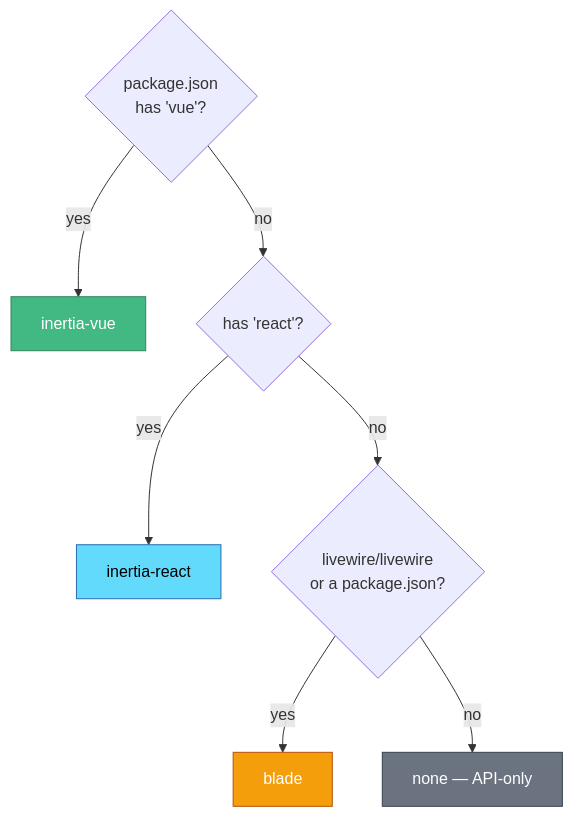
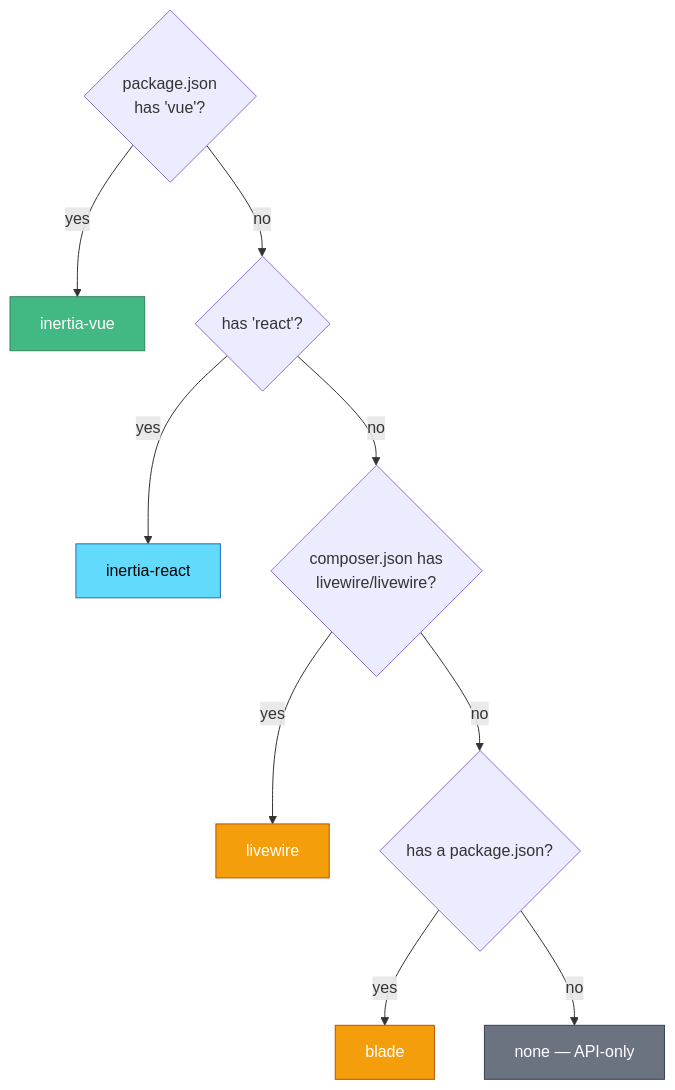
One commit to mohamed-ashraf-elsaed/claude-kit changed the diagram in docs/Frontend-Stacks.md. Above: the diagram before and after it, drawn with Mermaid. The commit also changed other lines of this file and 75 other files, not shown here.

````diff
--- a/docs/Frontend-Stacks.md
+++ b/docs/Frontend-Stacks.md
@@ -7,14 +7,16 @@
 ```mermaid
 flowchart TD
     A{package.json<br/>has 'vue'?} -- yes --> V[inertia-vue]
     A -- no --> B{has 'react'?}
     B -- yes --> R[inertia-react]
-    B -- no --> C{livewire/livewire<br/>or a package.json?}
+    B -- no --> LW{composer.json has<br/>livewire/livewire?}
+    LW -- yes --> L[livewire]
+    LW -- no --> C{has a package.json?}
     C -- yes --> BL[blade]
     C -- no --> N[none — API-only]
     classDef v fill:#42b883,stroke:#2f855a,color:#fff;
     classDef r fill:#61dafb,stroke:#2b6cb0,color:#000;
     classDef b fill:#f59e0b,stroke:#b45309,color:#fff;
     classDef n fill:#6b7280,stroke:#374151,color:#fff;
-    class V v; class R r; class BL b; class N n;
+    class V v; class R r; class L b; class BL b; class N n;
 ```
````
